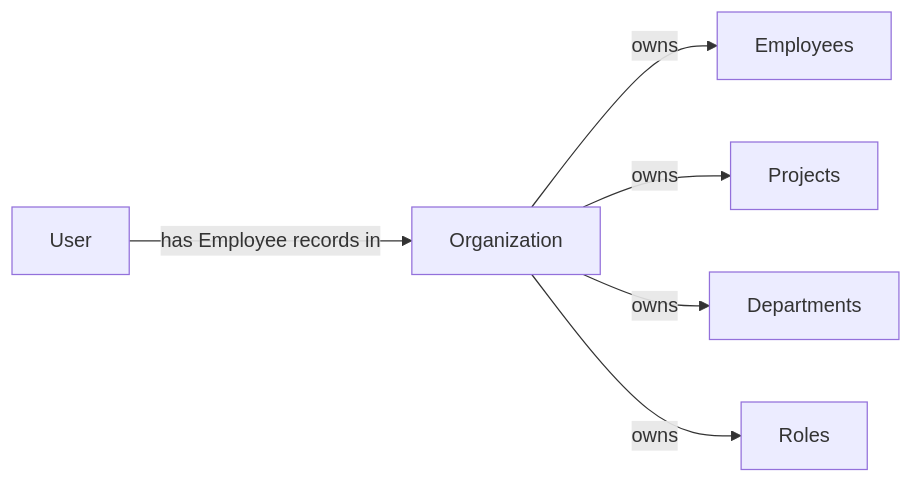
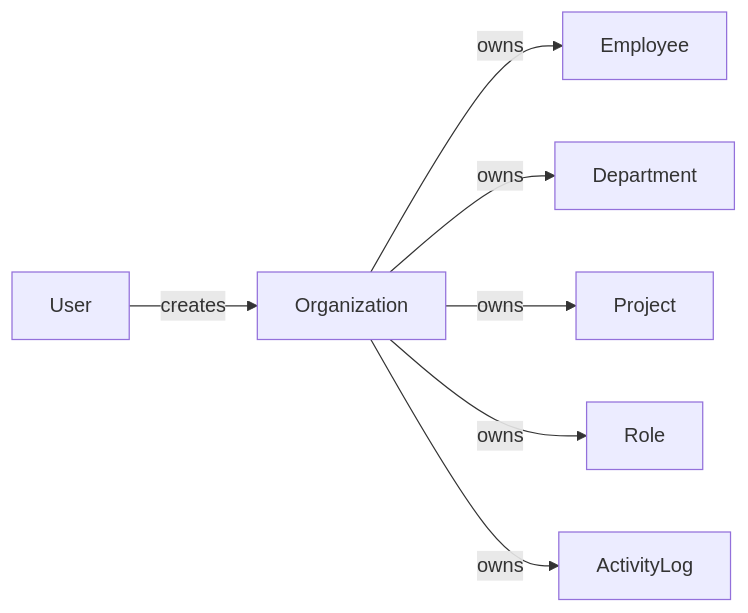
One commit to wrtnlabs/autobe-examples changed the fifth of 14 diagrams in z-ai/glm-5/erp/docs/analysis/02-domain-model.md. Above: the diagram before and after it, drawn with Mermaid. The commit also changed other lines of this file and 3761 other files, not shown here.

````diff
--- a/z-ai/glm-5/erp/docs/analysis/02-domain-model.md
+++ b/z-ai/glm-5/erp/docs/analysis/02-domain-model.md
@@ -443,8 +491,9 @@
 ```mermaid
 flowchart LR
-    A["User"] -->|"has Employee records in"| B["Organization"]
-    B -->|"owns"| C["Employees"]
-    B -->|"owns"| D["Projects"]
-    B -->|"owns"| E["Departments"]
-    B -->|"owns"| F["Roles"]
+    U["User"] -->|"creates"| O["Organization"]
+    O -->|"owns"| E["Employee"]
+    O -->|"owns"| D["Department"]
+    O -->|"owns"| P["Project"]
+    O -->|"owns"| R["Role"]
+    O -->|"owns"| AL["ActivityLog"]
 ```
````
